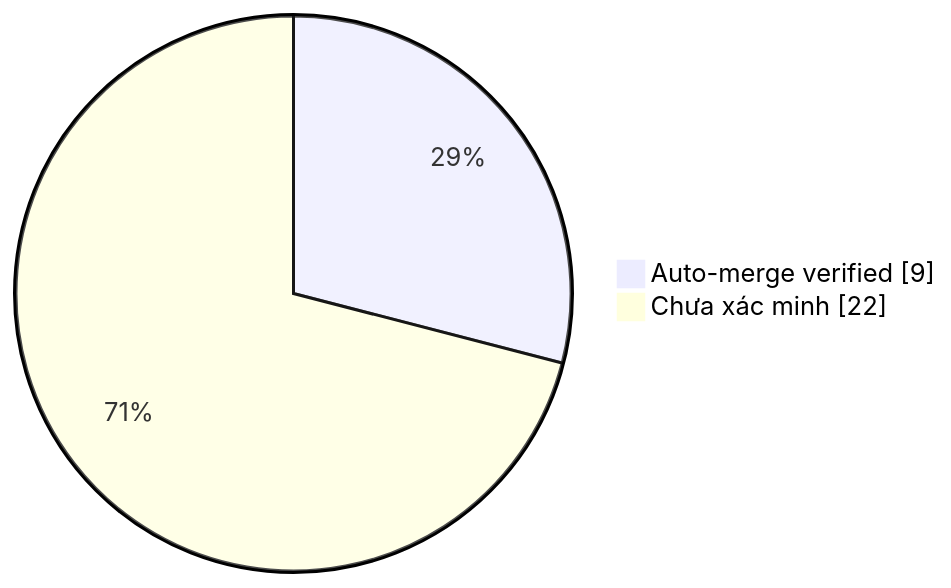
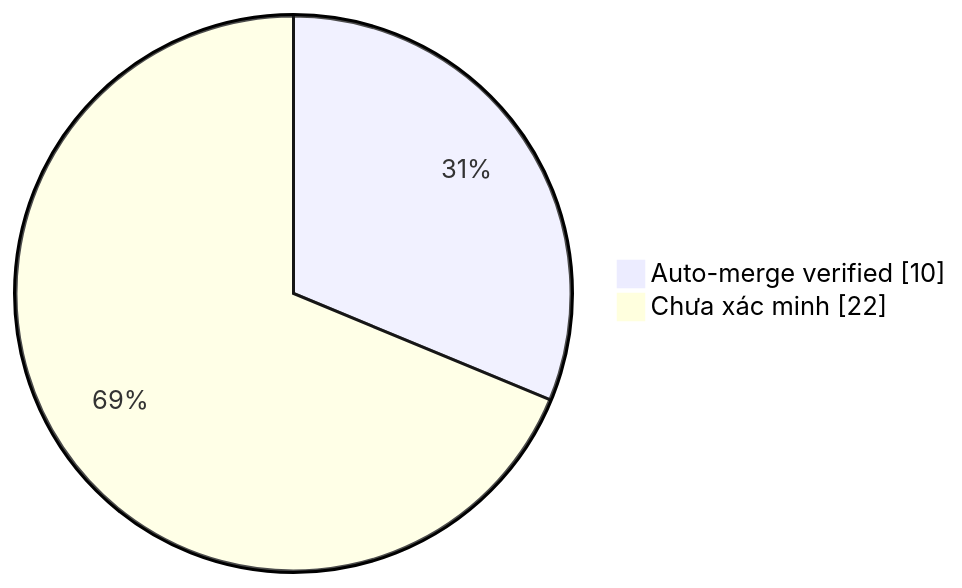
One commit to duykhang68/tetdinhmuiblog changed the diagram in collector.md. Above: the diagram before and after it, drawn with Mermaid. The commit also changed other lines of this file and 1 other file, not shown here.

Commit message:
docs(collector): update auto-merge evidence dashboard

````diff
--- a/collector.md
+++ b/collector.md
@@ -22,5 +22,5 @@
 ```mermaid
 pie showData
-    "Auto-merge verified" : 9
+    "Auto-merge verified" : 10
     "Chưa xác minh" : 22
 ```
````
